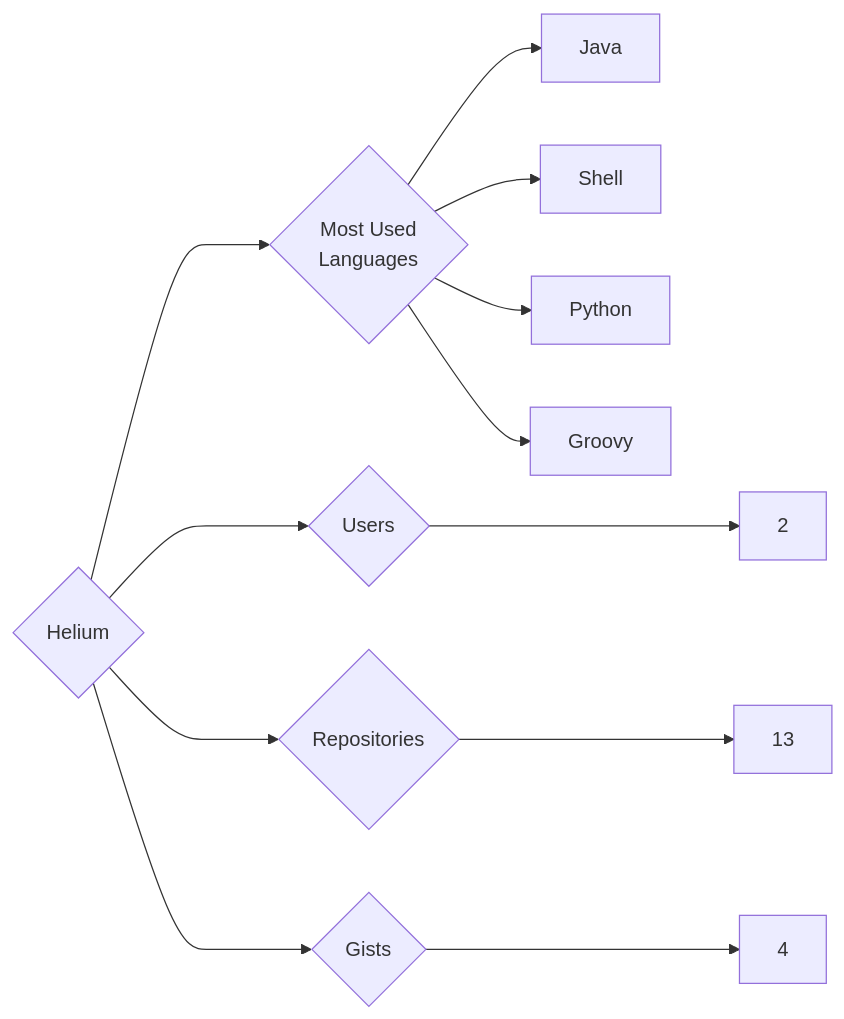
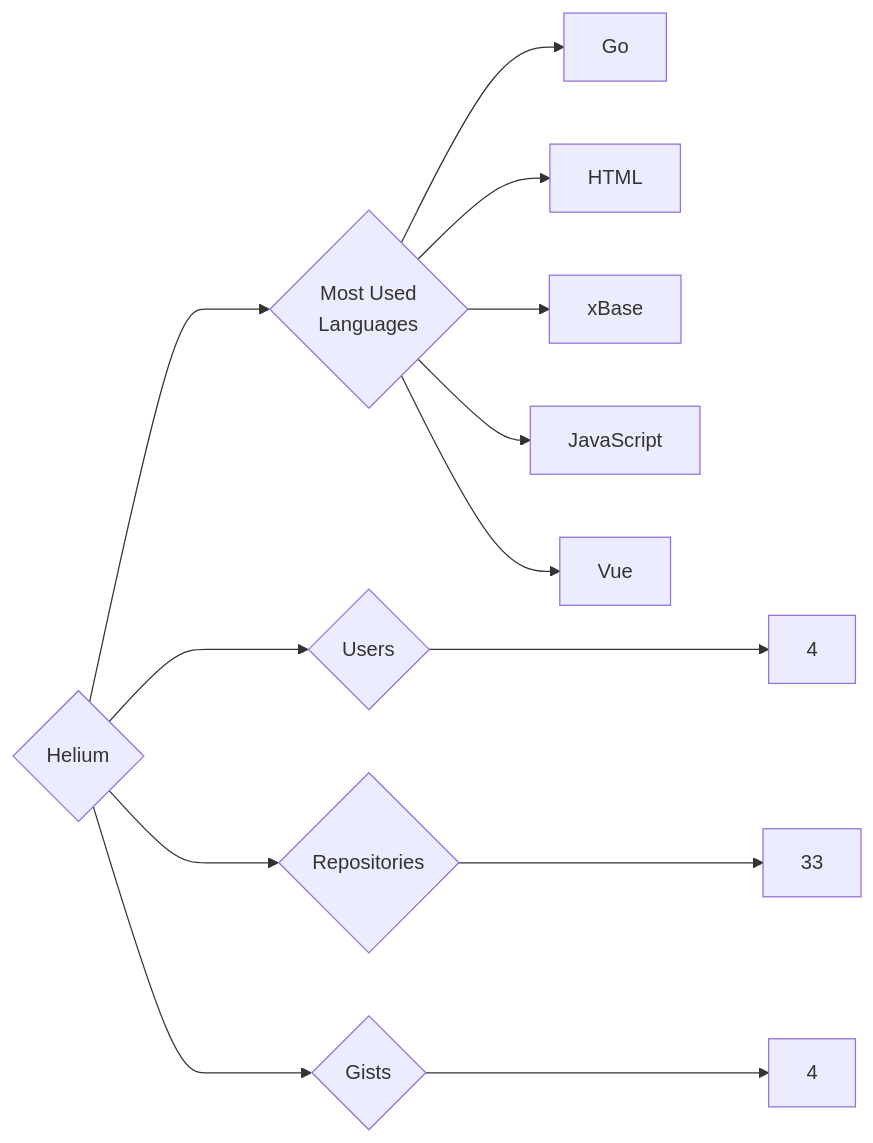
One commit to trickest/insiders changed the diagram in targets/Helium/README.md. Above: the diagram before and after it, drawn with Mermaid. The commit also changed 985 other files, not shown here.

````diff
--- a/targets/Helium/README.md
+++ b/targets/Helium/README.md
@@ -3,12 +3,13 @@
 ```mermaid
 graph LR
 COMPANY_NAME{Helium}
-COMPANY_NAME ---> U{Users} ---> UN[2]
-COMPANY_NAME ---> R{Repositories} ---> RN[13]
+COMPANY_NAME ---> U{Users} ---> UN[4]
+COMPANY_NAME ---> R{Repositories} ---> RN[33]
 COMPANY_NAME ---> G{Gists} ---> GN[4]
 COMPANY_NAME ---> ML{Most Used<br>Languages}
-ML --> Java[Java]
-ML --> Shell[Shell]
-ML --> Python[Python]
-ML --> Groovy[Groovy]
+ML --> Go[Go]
+ML --> HTML[HTML]
+ML --> xBase[xBase]
+ML --> JavaScript[JavaScript]
+ML --> Vue[Vue]
 ```
````
